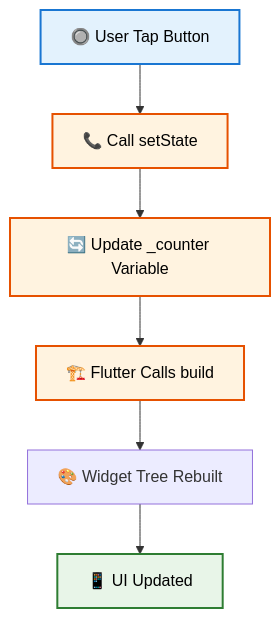
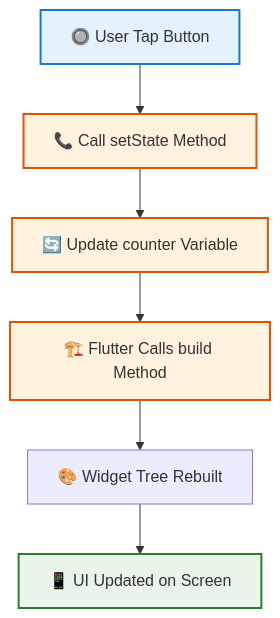
Before and after one commit to antonprafanto/flutter: the third of 6 diagrams in pertemuan4.md, drawn with Mermaid. The commit also changed other lines of this file, not shown here.

````diff
--- a/pertemuan4.md
+++ b/pertemuan4.md
@@ -334,14 +336,14 @@
 ```mermaid
 flowchart TD
-    A[🔘 User Tap Button] --> B[📞 Call setState]
-    B --> C[🔄 Update _counter Variable]
-    C --> D[🏗️ Flutter Calls build]
+    A[🔘 User Tap Button] --> B[📞 Call setState Method]
+    B --> C[🔄 Update counter Variable]
+    C --> D[🏗️ Flutter Calls build Method]
     D --> E[🎨 Widget Tree Rebuilt]
-    E --> F[📱 UI Updated]
+    E --> F[📱 UI Updated on Screen]
     
-    style A fill:#e3f2fd,stroke:#1976d2,stroke-width:2px,color:#000
-    style B fill:#fff3e0,stroke:#e65100,stroke-width:2px,color:#000
-    style C fill:#fff3e0,stroke:#e65100,stroke-width:2px,color:#000
-    style D fill:#fff3e0,stroke:#e65100,stroke-width:2px,color:#000
-    style F fill:#e8f5e8,stroke:#2e7d32,stroke-width:2px,color:#000
+    style A fill:#e3f2fd,stroke:#1976d2,stroke-width:2px
+    style B fill:#fff3e0,stroke:#e65100,stroke-width:2px
+    style C fill:#fff3e0,stroke:#e65100,stroke-width:2px
+    style D fill:#fff3e0,stroke:#e65100,stroke-width:2px
+    style F fill:#e8f5e8,stroke:#2e7d32,stroke-width:2px
 ```
````
